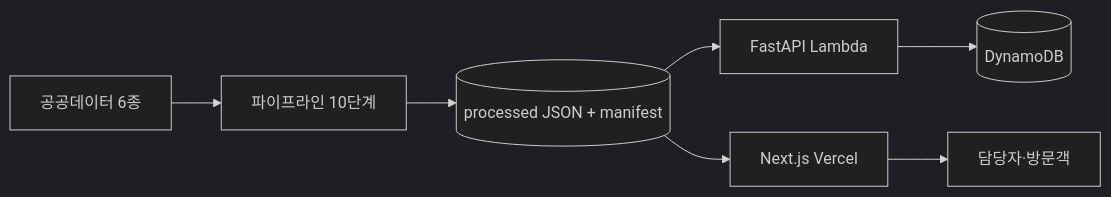
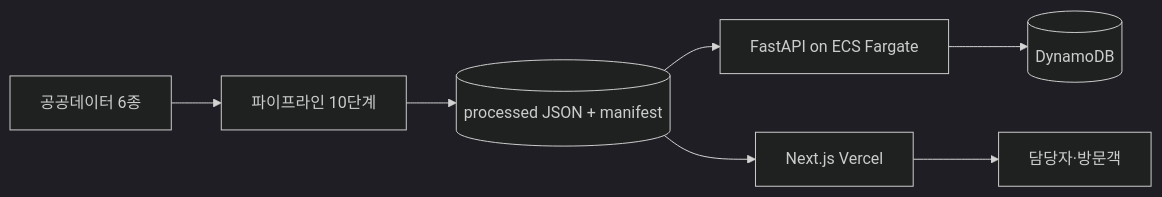
One commit to yutakdv/sangseng-navigator changed the first of 2 diagrams in README.md. Above: the diagram before and after it, drawn with Mermaid (dark theme). The commit also changed other lines of this file and 18 other files, not shown here.

````diff
--- a/README.md
+++ b/README.md
@@ -161,9 +160,9 @@
 ```mermaid
 flowchart LR
   RAW[공공데이터 6종] --> P[파이프라인 10단계]
   P --> J[(processed JSON + manifest)]
-  J --> BE[FastAPI Lambda]
+  J --> BE[FastAPI on ECS Fargate]
   J --> FE[Next.js Vercel]
   BE --> DDB[(DynamoDB)]
   FE --> USER[담당자·방문객]
 ```
````
